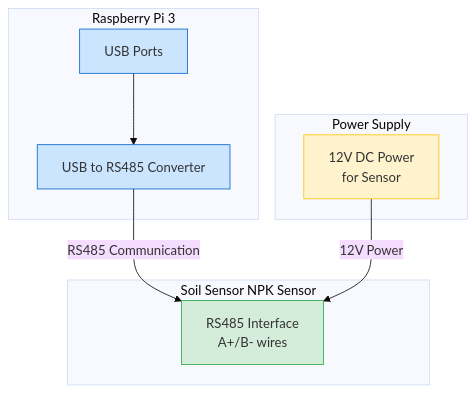
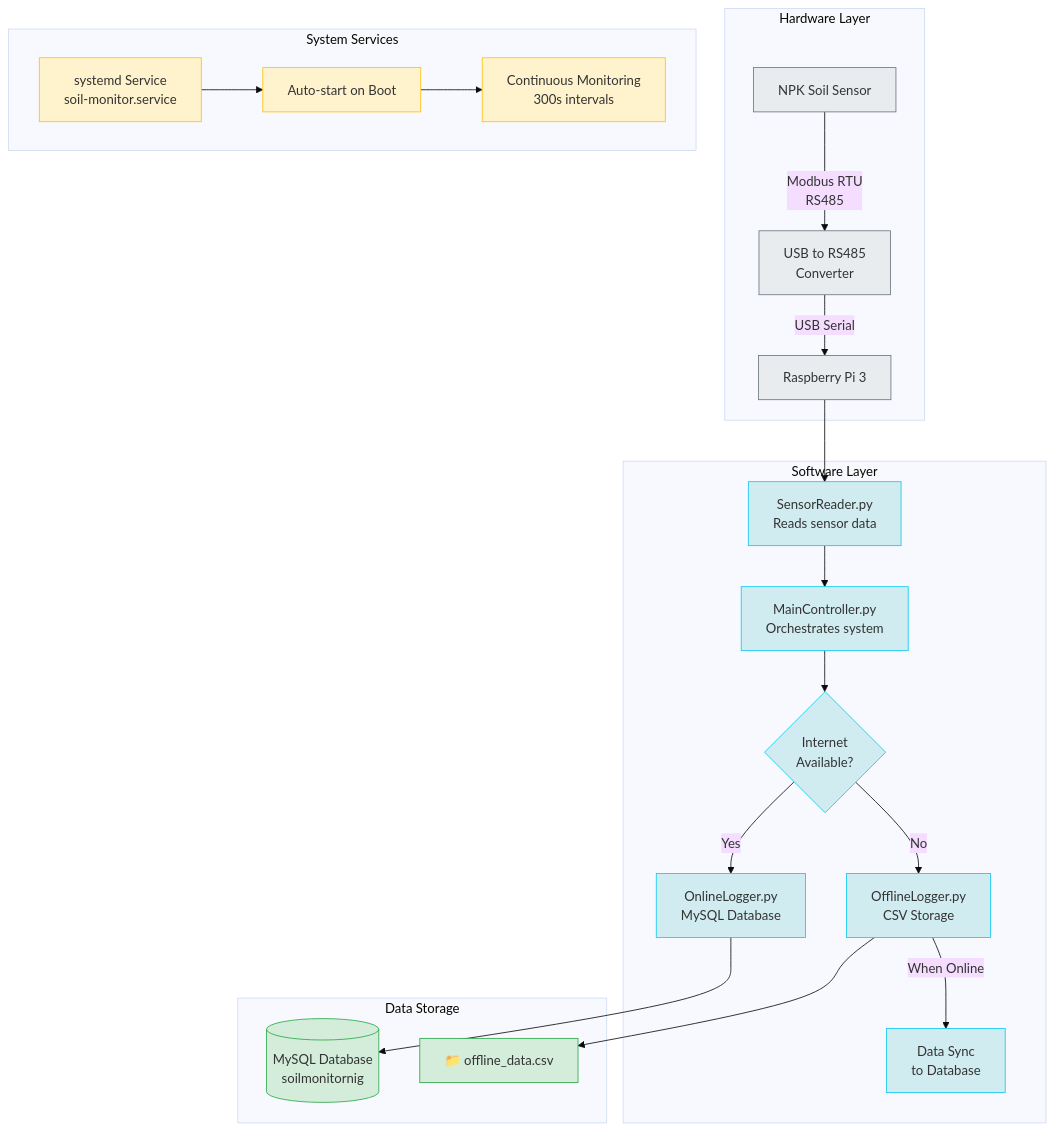
Before and after one commit to Angeal13/SoildDataEngineeringVPi: the first of 2 diagrams in schematics/System-Achritecture.md, drawn with Mermaid (base theme). The commit also changed other lines of this file, not shown here.

````diff
--- a/schematics/System-Achritecture.md
+++ b/schematics/System-Achritecture.md
@@ -5,25 +5,38 @@
 ```mermaid
 graph TB
-    subgraph Raspberry Pi 3
-        A[USB Ports] --> B[USB to RS485 Converter]
+    subgraph Hardware Layer
+        A[NPK Soil Sensor] -->|Modbus RTU<br/>RS485| B[USB to RS485<br/>Converter]
+        B -->|USB Serial| C[Raspberry Pi 3]
     end
 
-    subgraph Soil Sensor NPK Sensor
-        C[RS485 Interface<br/>A+/B- wires]
+    subgraph Software Layer
+        C --> D[SensorReader.py<br/>Reads sensor data]
+        D --> E[MainController.py<br/>Orchestrates system]
+        
+        E --> F{Internet<br/>Available?}
+        F -->|Yes| G[OnlineLogger.py<br/>MySQL Database]
+        F -->|No| H[OfflineLogger.py<br/>CSV Storage]
+        
+        H -->|When Online| I[Data Sync<br/>to Database]
     end
 
-    subgraph Power Supply
-        D[12V DC Power<br/>for Sensor]
+    subgraph Data Storage
+        G --> J[(MySQL Database<br/>soilmonitornig)]
+        H --> K[📁 offline_data.csv]
     end
 
-    B -->|RS485 Communication| C
-    D -->|12V Power| C
+    subgraph System Services
+        L[systemd Service<br/>soil-monitor.service] --> M[Auto-start on Boot]
+        M --> N[Continuous Monitoring<br/>300s intervals]
+    end
 
-    classDef rpi fill:#cce5ff,stroke:#0066cc
-    classDef sensor fill:#d4edda,stroke:#28a745
-    classDef power fill:#fff3cd,stroke:#ffc107
+    classDef hardware fill:#e9ecef,stroke:#6c757d
+    classDef software fill:#d1ecf1,stroke:#0dcaf0
+    classDef storage fill:#d4edda,stroke:#28a745
+    classDef service fill:#fff3cd,stroke:#ffc107
     
-    class A,B rpi
-    class C sensor
-    class D power
+    class A,B,C hardware
+    class D,E,F,G,H,I software
+    class J,K storage
+    class L,M,N service
 ```
````
